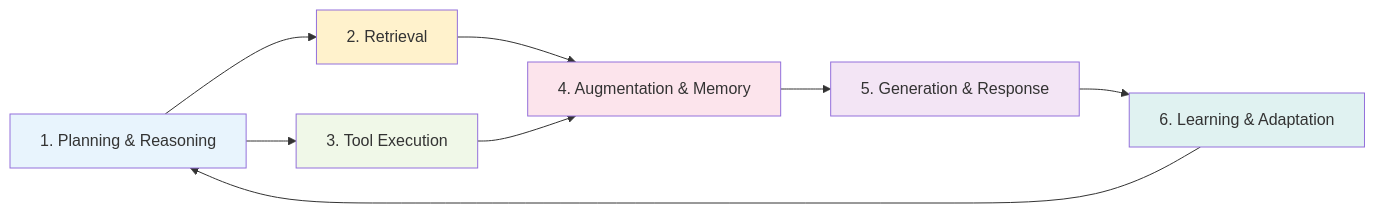
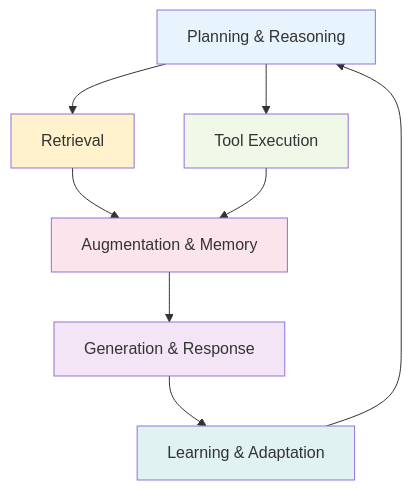
The first of 2 diagrams in docs/rag-architecture.md (rlynjb/adventurecue), drawn with Mermaid before and after one commit.

````diff
--- a/docs/rag-architecture.md
+++ b/docs/rag-architecture.md
@@ -11,17 +11,17 @@
 ```mermaid
-flowchart LR
-    A["1. Planning & Reasoning"] --> B["2. Retrieval"]
-    A --> C["3. Tool Execution"]
-    B --> D["4. Augmentation & Memory"]
+graph TB
+    A[Planning & Reasoning] --> B[Retrieval]
+    A --> C[Tool Execution]
+    B --> D[Augmentation & Memory]
     C --> D
-    D --> E["5. Generation & Response"]
-    E --> F["6. Learning & Adaptation"]
+    D --> E[Generation & Response]
+    E --> F[Learning & Adaptation]
     F --> A
 
     style A fill:#e8f4fd
     style B fill:#fff2cc
     style C fill:#f0f8e8
     style D fill:#fce4ec
     style E fill:#f3e5f5
     style F fill:#e0f2f1
 ```
````
